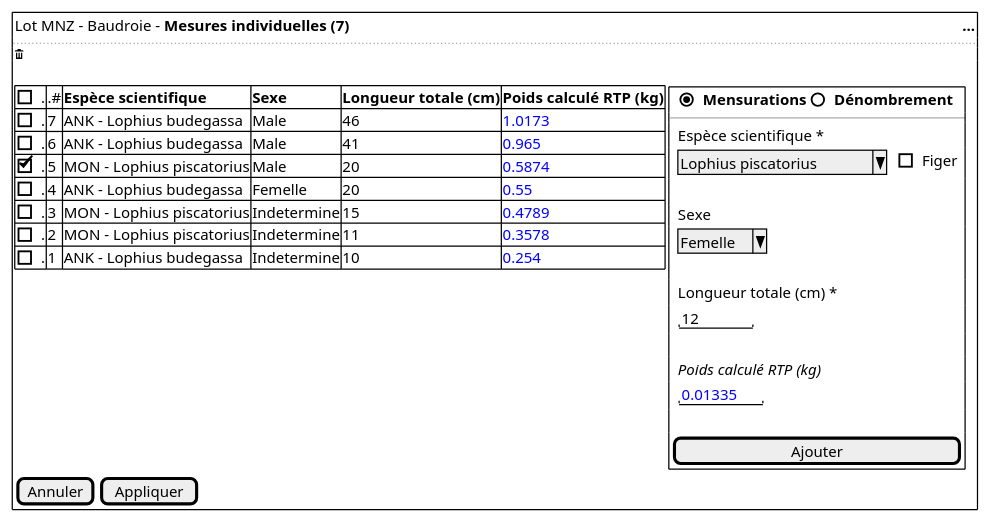
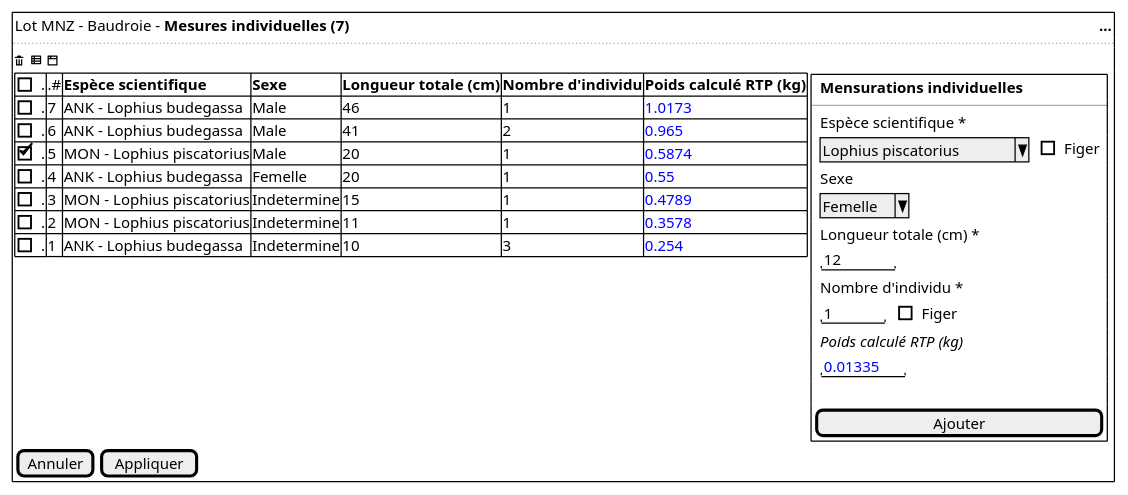
Before and after one commit to sumaris-net/sumaris-doc: the diagram in projects/common/spe/images/individual-measures.puml, drawn with PlantUML. The commit also changed 13 other files, not shown here.

```diff
--- a/projects/common/spe/images/individual-measures.puml
+++ b/projects/common/spe/images/individual-measures.puml
@@ -1,43 +1,45 @@
 @startsalt
  {+
-  { Lot MNZ - Baudroie - <b>Mesures individuelles (7) | . | . |. |. |. |. |. |. |. |. |. |. |. |. |. |. |. |. |. |. |. |. |. |. |. |. |. |. |. |. |. |. |. |. |. |. |. |. |. |. |. |. |. |. |. |. |. |. |. |. |. |. |. |. |. |. |. |. |. |. |. |. |. |. |. |. |. |. |. |. |. |. |. |. |. |. |. |. |. |. |. |. |. |. |. |. |. |. |. |. |. |. |. |<b> ...}
+  { Lot MNZ - Baudroie - <b>Mesures individuelles (7) | . | . |. |. |. |. |. |. |. |. |. |. |. |. |. |. |. |. |. |. |. |. |. |. |. |. |. |. |. |. |. |. |. |. |. |. |. |. |. |. |. |. |. |. |. |. |. |. |. |. |. |. |. |. |. |. |. |. |. |. |. |. |. |. |. |. |. |. |. |. |. |. |. |. |. |. |. |. |. |. |. |. |. |. |. |. |. |. |. |. |. |. |. |. |. |. |. |. |. |. |. |. |. |. |. |. |. |. |. |. |. |. |. |. |<b> ...}
   ..
-  <&trash>
-  .
+  <&trash> <&spreadsheet> <&browser>
 
   {
 	{#
-      [].| .# | <b>Espèce scientifique | <b>Sexe | <b>Longueur totale (cm) | <b>Poids calculé RTP (kg)
-      [].| 7 | ANK - Lophius budegassa   | Male | 46 | <color:blue>1.0173
-      [].| 6 | ANK - Lophius budegassa   | Male | 41 | <color:blue>0.965
-      [X].| 5 | MON - Lophius piscatorius | Male | 20 | <color:blue>0.5874
-      [].| 4 | ANK - Lophius budegassa   | Femelle | 20 | <color:blue>0.55
-      [].| 3 | MON - Lophius piscatorius | Indetermine | 15 | <color:blue>0.4789
-      [].| 2 | MON - Lophius piscatorius | Indetermine | 11 | <color:blue>0.3578
-      [].| 1 | ANK - Lophius budegassa   | Indetermine | 10 | <color:blue>0.254
+      [].| .# | <b>Espèce scientifique | <b>Sexe | <b>Longueur totale (cm) | <b>Nombre d'individu | <b>Poids calculé RTP (kg)
+      [].| 7 | ANK - Lophius budegassa   | Male | 46 | 1 | <color:blue>1.0173
+      [].| 6 | ANK - Lophius budegassa   | Male | 41 | 2 |<color:blue>0.965
+      [X].| 5 | MON - Lophius piscatorius | Male | 20 | 1 | <color:blue>0.5874
+      [].| 4 | ANK - Lophius budegassa   | Femelle | 20 | 1 | <color:blue>0.55
+      [].| 3 | MON - Lophius piscatorius | Indetermine | 15 | 1 | <color:blue>0.4789
+      [].| 2 | MON - Lophius piscatorius | Indetermine | 11 | 1 | <color:blue>0.3578
+      [].| 1 | ANK - Lophius budegassa   | Indetermine | 10 | 3 | <color:blue>0.254
     } |
 
     {
       {+
-        { | . | (X)  <b>Mensurations | ()  <b>Dénombrement }
+        { | . |  <b>Mensurations individuelles| }
 
         --
         { | . | Espèce scientifique *  | . }
         { | . | ^Lophius piscatorius^   | .  | [ ] Figer }
-        .
+
         { | . | Sexe  | . }
         { | . | ^Femelle^  }
-        .
+
         { | . | Longueur totale (cm) * | .  }
         { | . | "   12  "  }
-        .
+
+        { | . | Nombre d'individu * | .  }
+        { | . | "   1  "  | .  | [ ] Figer }
+
         { | . | <i>Poids calculé RTP (kg)  | . }
         { | . | "<color:blue>0.01335 " | .  }
         .
         { [                     Ajouter] }
         }
      }
     }
     {[Annuler] | [Appliquer]}
   }
 @endsalt
```
